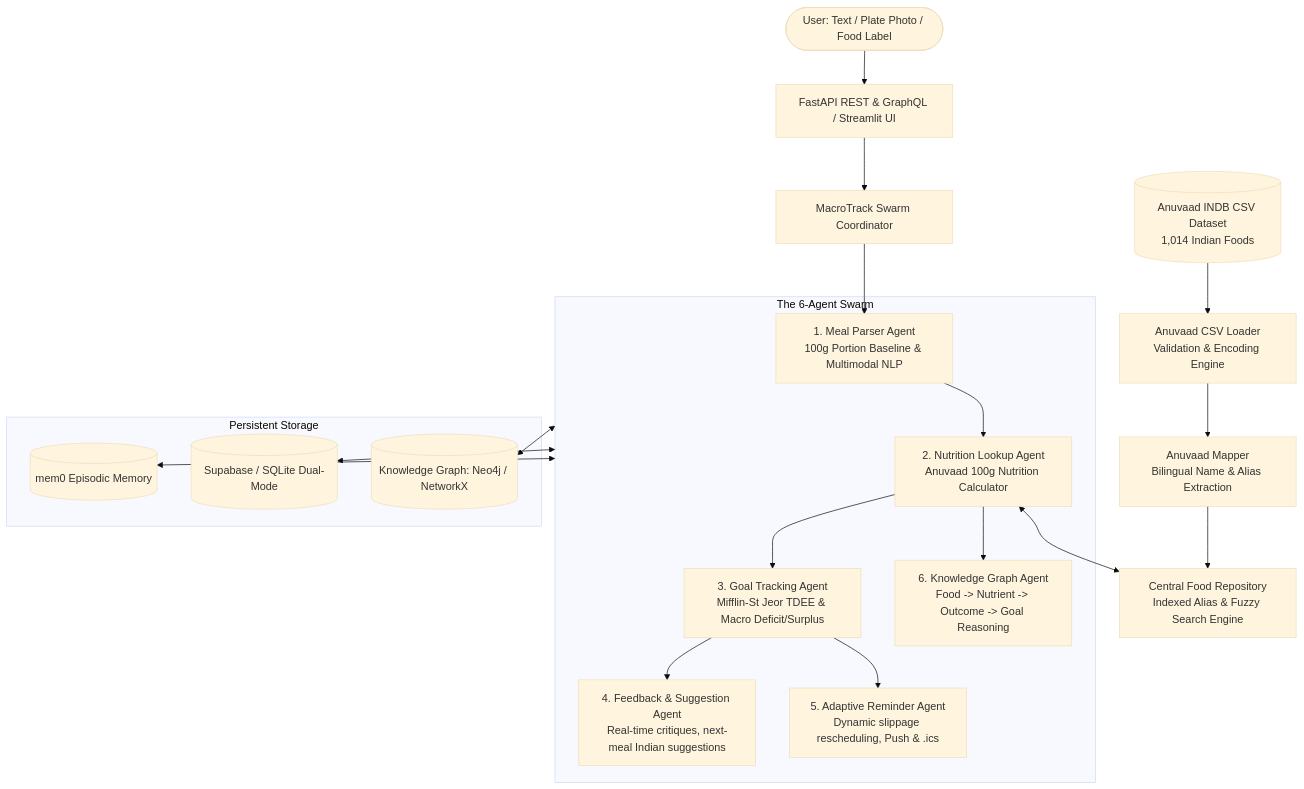
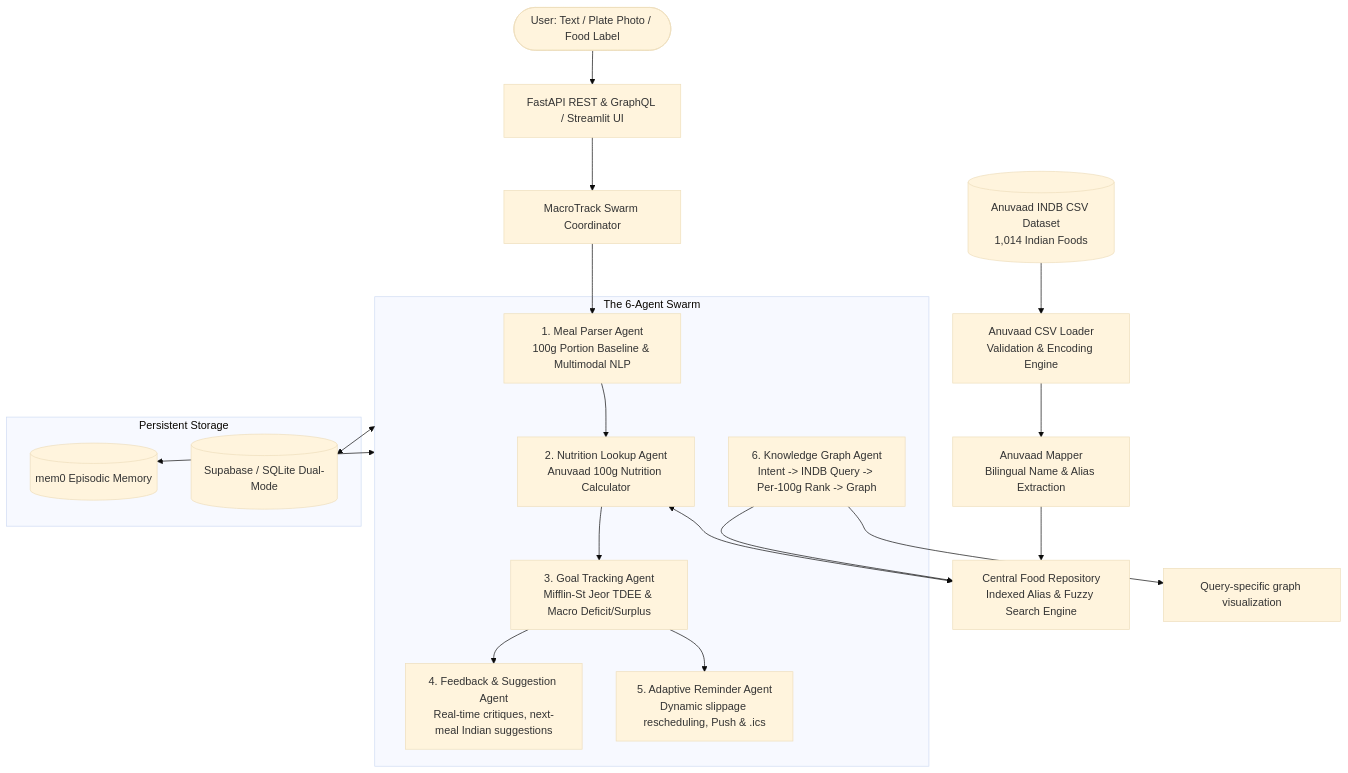
The diagram in README.md (CoderDart/MacroTrack), drawn with Mermaid (base theme) before and after one commit. The commit also changed other lines of this file and 12 other files, not shown here.

Commit message:
Fix knowledge graph query

````diff
--- a/README.md
+++ b/README.md
@@ -9,36 +9,35 @@
 ```mermaid
 flowchart TD
     CSV[(Anuvaad INDB CSV Dataset\n1,014 Indian Foods)] --> Loader[Anuvaad CSV Loader\nValidation & Encoding Engine]
     Loader --> Mapper[Anuvaad Mapper\nBilingual Name & Alias Extraction]
     Mapper --> Repo[Central Food Repository\nIndexed Alias & Fuzzy Search Engine]
     
     User([User: Text / Plate Photo / Food Label]) --> Gateway[FastAPI REST & GraphQL / Streamlit UI]
     Gateway --> Orchestrator[MacroTrack Swarm Coordinator]
 
     subgraph Swarm [The 6-Agent Swarm]
         MealParser[1. Meal Parser Agent\n100g Portion Baseline & Multimodal NLP]
         NutriLookup[2. Nutrition Lookup Agent\nAnuvaad 100g Nutrition Calculator]
         GoalTracker[3. Goal Tracking Agent\nMifflin-St Jeor TDEE & Macro Deficit/Surplus]
         FeedbackAgent[4. Feedback & Suggestion Agent\nReal-time critiques, next-meal Indian suggestions]
         ReminderAgent[5. Adaptive Reminder Agent\nDynamic slippage rescheduling, Push & .ics]
-        KGAgent[6. Knowledge Graph Agent\nFood -> Nutrient -> Outcome -> Goal Reasoning]
+        KGAgent[6. Knowledge Graph Agent\nIntent -> INDB Query -> Per-100g Rank -> Graph]
     end
 
     Orchestrator --> MealParser
     MealParser --> NutriLookup
     NutriLookup <--> Repo
     NutriLookup --> GoalTracker
     GoalTracker --> FeedbackAgent
     GoalTracker --> ReminderAgent
-    NutriLookup --> KGAgent
+    KGAgent --> Repo
+    KGAgent --> QueryGraph[Query-specific graph visualization]
 
     subgraph Data_Layer [Persistent Storage]
         Mem0[(mem0 Episodic Memory)]
         DB[(Supabase / SQLite Dual-Mode)]
-        GraphDB[(Knowledge Graph: Neo4j / NetworkX)]
     end
 
     Swarm <--> Mem0
     Swarm <--> DB
-    Swarm <--> GraphDB
 ```
````
